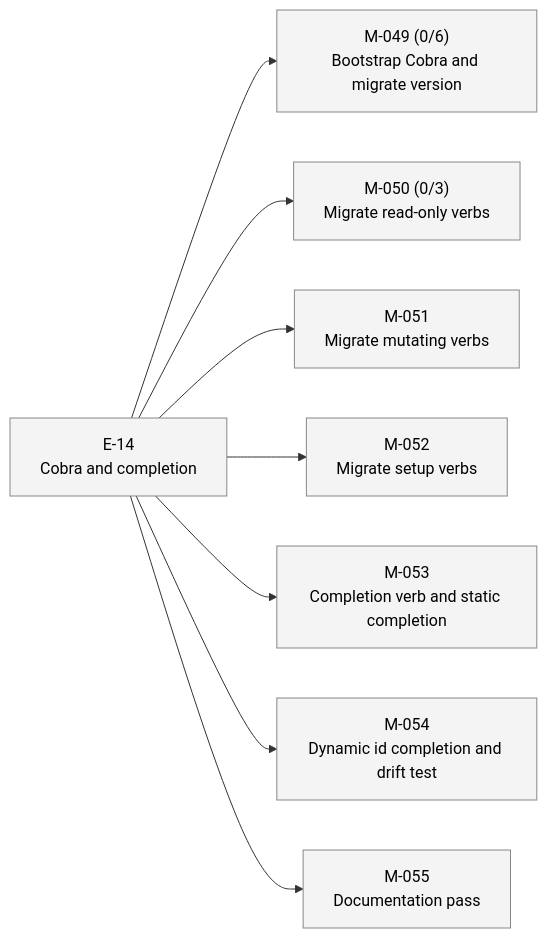
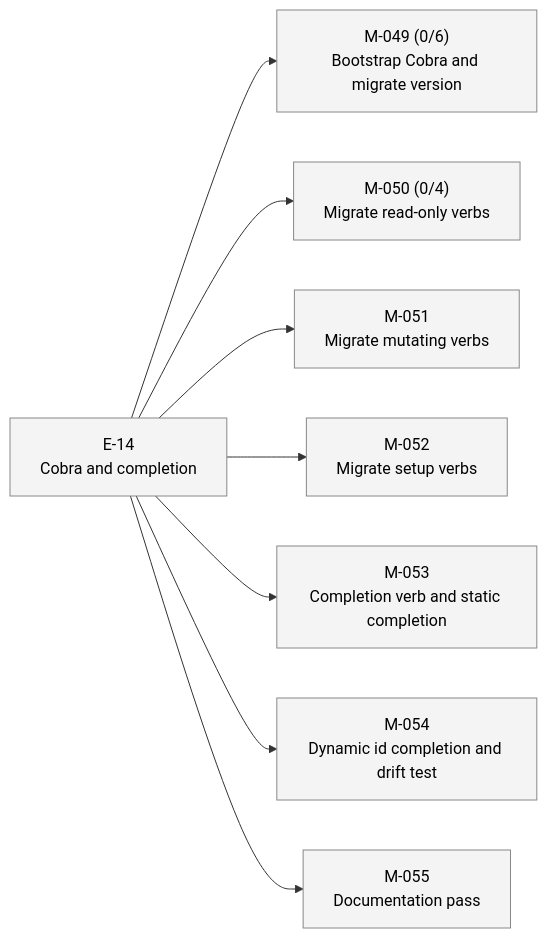
One commit to 23min/aiwf changed the second of 2 diagrams in STATUS.md. Above: the diagram before and after it, drawn with Mermaid. The commit also changed other lines of this file and 1 other file, not shown here.

First line of the commit message:
aiwf add ac M-050/AC-4 "Subprocess integration tests pass for all six read-only verbs"

````diff
--- a/STATUS.md
+++ b/STATUS.md
@@ -38,24 +38,24 @@
 ```mermaid
 flowchart LR
   E_14["E-14<br/>Cobra and completion"]:::epic_proposed
   M_049["M-049 (0/6)<br/>Bootstrap Cobra and migrate version"]:::ms_draft
   E_14 --> M_049
-  M_050["M-050 (0/3)<br/>Migrate read-only verbs"]:::ms_draft
+  M_050["M-050 (0/4)<br/>Migrate read-only verbs"]:::ms_draft
   E_14 --> M_050
   M_051["M-051<br/>Migrate mutating verbs"]:::ms_draft
   E_14 --> M_051
   M_052["M-052<br/>Migrate setup verbs"]:::ms_draft
   E_14 --> M_052
   M_053["M-053<br/>Completion verb and static completion"]:::ms_draft
   E_14 --> M_053
   M_054["M-054<br/>Dynamic id completion and drift test"]:::ms_draft
   E_14 --> M_054
   M_055["M-055<br/>Documentation pass"]:::ms_draft
   E_14 --> M_055
   classDef epic_active fill:#d6eaff,stroke:#1a73e8,color:#000
   classDef epic_proposed fill:#f4f4f4,stroke:#888,color:#000
   classDef ms_done fill:#d8f5d8,stroke:#2a8a2a,color:#000
   classDef ms_in_progress fill:#fff3c4,stroke:#caa400,color:#000
   classDef ms_draft fill:#f4f4f4,stroke:#888,color:#000
   classDef ms_cancelled fill:#fbeaea,stroke:#c33,color:#000
 ```
````
